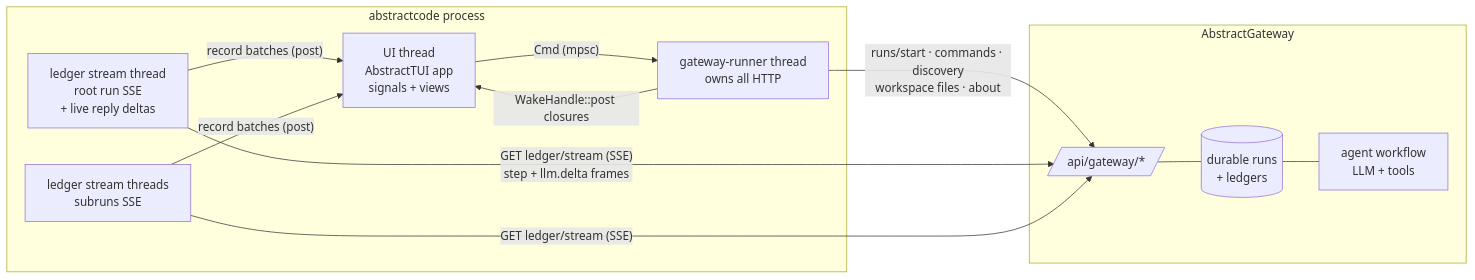
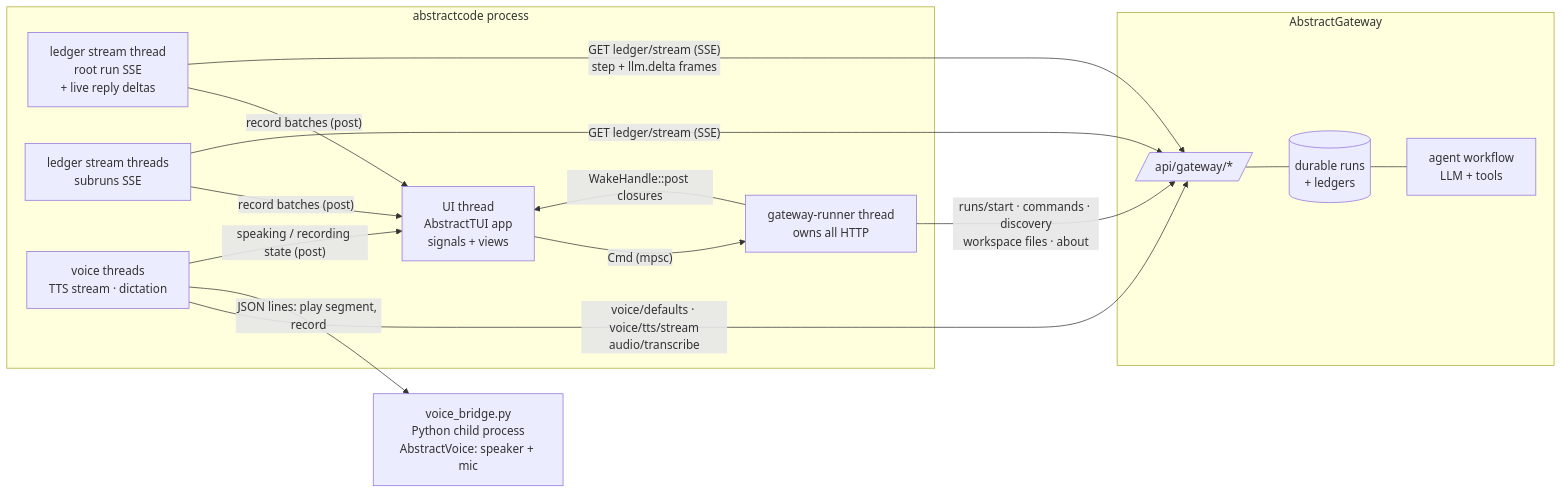
One commit to lpalbou/AbstractCode changed the first of 3 diagrams in tui/docs/architecture.md. Above: the diagram before and after it, drawn with Mermaid. The commit also changed 24 other files, not shown here.

Commit message:
Version web 0.11.0 and terminal 0.9.0 (dated 2026-10-04): CHANGELOG sections, kit ^0.8.0 / panel-chat ^0.3.1, AbstractGateway 0.13.0 noted for archive and voice defaults; docs for the rail, archiving, voice and the voice bridge; install hints name abstractframework; llms regenerated

````diff
--- a/tui/docs/architecture.md
+++ b/tui/docs/architecture.md
@@ -11,23 +11,28 @@
 ```mermaid
 flowchart LR
   subgraph terminal [abstractcode process]
     UI[UI thread<br/>AbstractTUI app<br/>signals + views]
     W[gateway-runner thread<br/>owns all HTTP]
     S1[ledger stream thread<br/>root run SSE<br/>+ live reply deltas]
     S2[ledger stream threads<br/>subruns SSE]
+    V[voice threads<br/>TTS stream · dictation]
   end
+  BR[voice_bridge.py<br/>Python child process<br/>AbstractVoice: speaker + mic]
   subgraph gw [AbstractGateway]
     API[/api/gateway/*/]
     RUNS[(durable runs<br/>+ ledgers)]
     AGENT[agent workflow<br/>LLM + tools]
   end
   UI -- "Cmd (mpsc)" --> W
   W -- "WakeHandle::post closures" --> UI
   S1 -- "record batches (post)" --> UI
   S2 -- "record batches (post)" --> UI
   W -- "runs/start · commands · discovery<br/>workspace files · about" --> API
   S1 -- "GET ledger/stream (SSE)<br/>step + llm.delta frames" --> API
   S2 -- "GET ledger/stream (SSE)" --> API
+  V -- "voice/defaults · voice/tts/stream<br/>audio/transcribe" --> API
+  V -- "JSON lines: play segment, record" --> BR
+  V -- "speaking / recording state (post)" --> UI
   API --- RUNS
   RUNS --- AGENT
 ```
````
